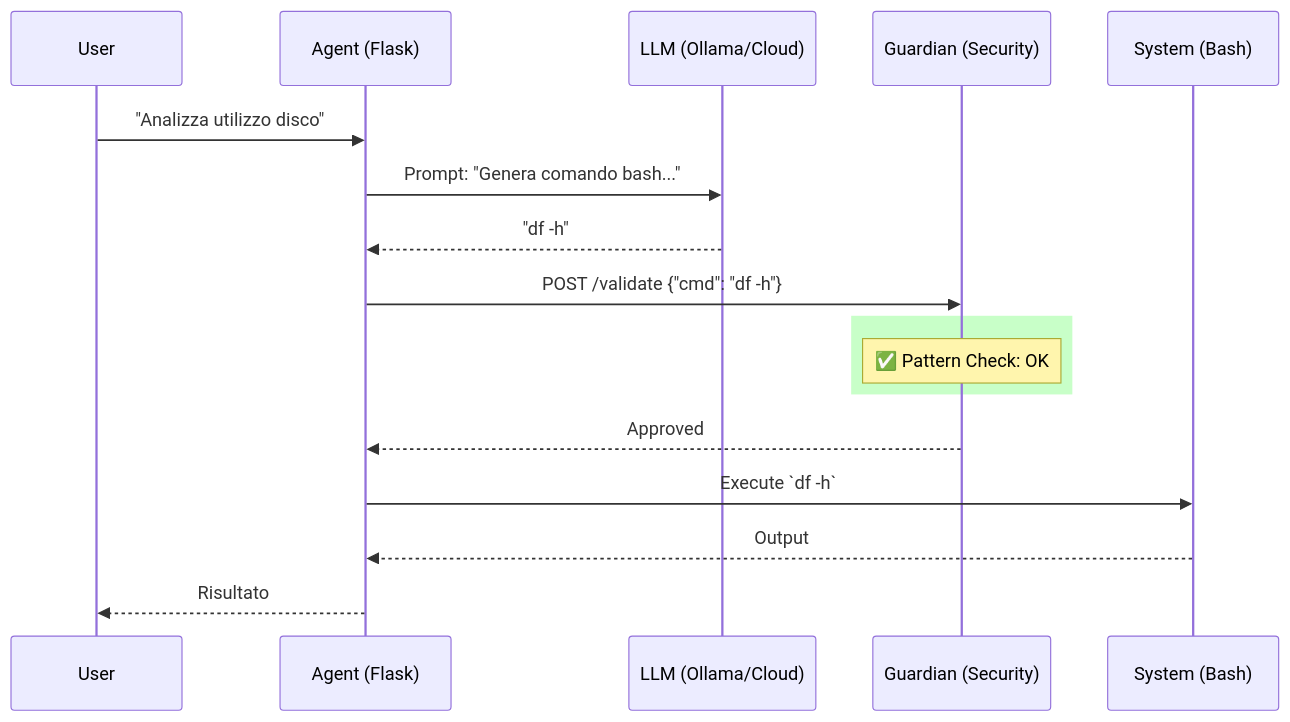
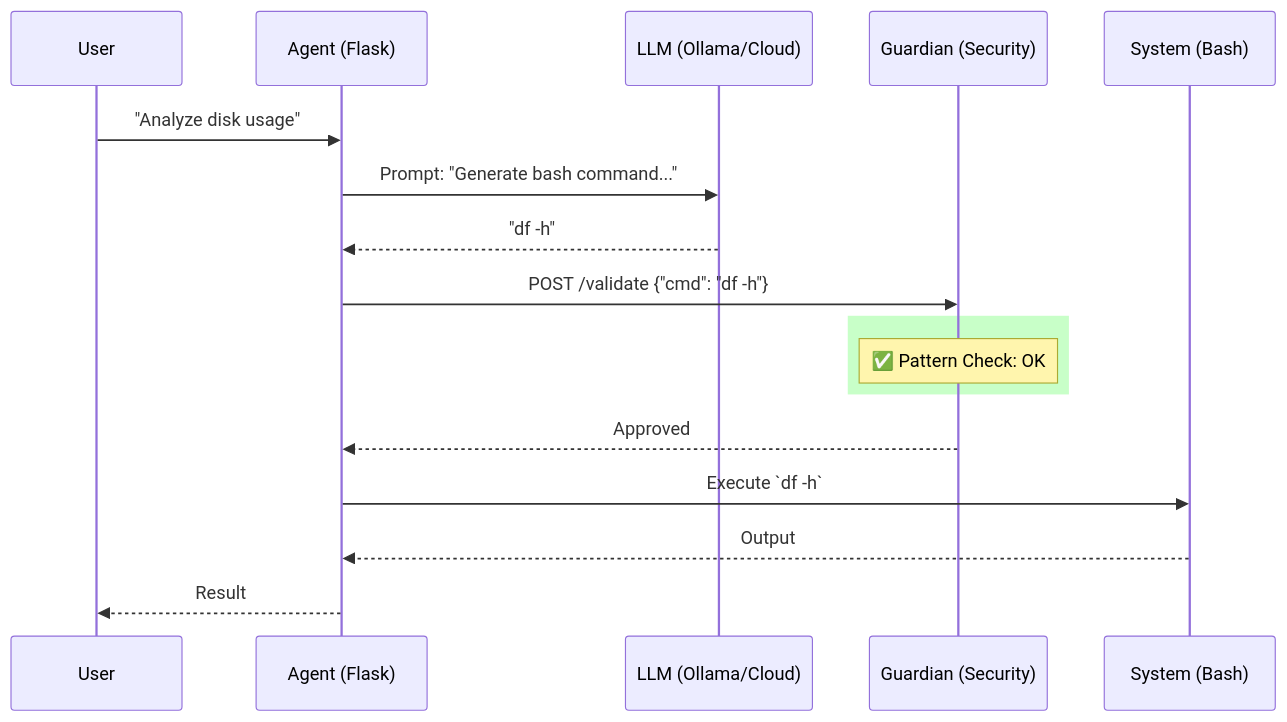
Before and after one commit to Lukentony/AI-guardian-lab: the diagram in README.md, drawn with Mermaid. The commit also changed other lines of this file and 17 other files, not shown here.

````diff
--- a/README.md
+++ b/README.md
@@ -42,22 +39,22 @@
 ```mermaid
 sequenceDiagram
     participant U as User
     participant A as Agent (Flask)
     participant L as LLM (Ollama/Cloud)
     participant G as Guardian (Security)
     participant S as System (Bash)
 
-    U->>A: "Analizza utilizzo disco"
-    A->>L: Prompt: "Genera comando bash..."
+    U->>A: "Analyze disk usage"
+    A->>L: Prompt: "Generate bash command..."
     L-->>A: "df -h"
     A->>G: POST /validate {"cmd": "df -h"}
     
     rect rgb(200, 255, 200)
         Note over G: ✅ Pattern Check: OK
     end
     
     G-->>A: Approved
     A->>S: Execute `df -h`
     S-->>A: Output
-    A-->>U: Risultato
+    A-->>U: Result
 ```
````
